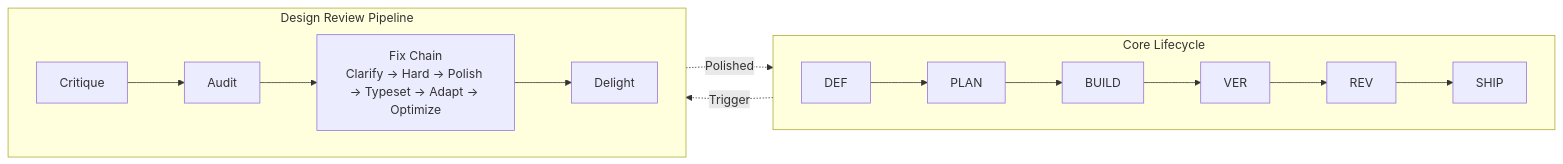
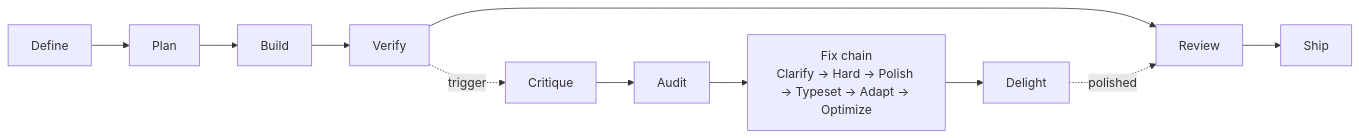
The diagram in README.md (juandelossantos/another-agent-skills), drawn with Mermaid before and after one commit. The commit also changed other lines of this file and 13 other files, not shown here.

````diff
--- a/README.md
+++ b/README.md
@@ -315,19 +135,5 @@
 ```mermaid
 flowchart LR
-    subgraph Core["Core Lifecycle"]
-        direction LR
-        DEF --> PLAN
-        PLAN --> BUILD
-        BUILD --> VER
-        VER --> REV
-        REV --> SHIP
-    end
-    subgraph Design["Design Review Pipeline"]
-        direction LR
-        CQ[Critique] --> AQ[Audit]
-        AQ --> FX[Fix Chain<br/>Clarify → Hard → Polish → Typeset → Adapt → Optimize]
-        FX --> DX[Delight]
-    end
-    VER -. "Trigger" .-> CQ
-    DX -. "Polished" .-> REV
+    DEF[Define] --> PLAN[Plan] --> BUILD[Build] --> VER[Verify] --> REV[Review] --> SHIP[Ship]
+    VER -. "trigger" .-> CQ[Critique] --> AQ[Audit] --> FX["Fix chain<br/>Clarify → Hard → Polish → Typeset → Adapt → Optimize"] --> DX[Delight] -. "polished" .-> REV
 ```
````
